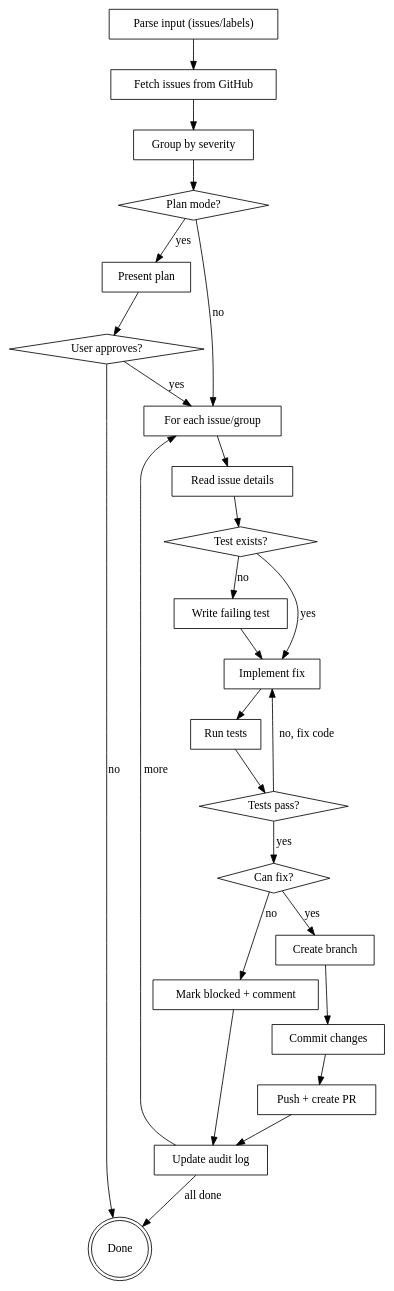
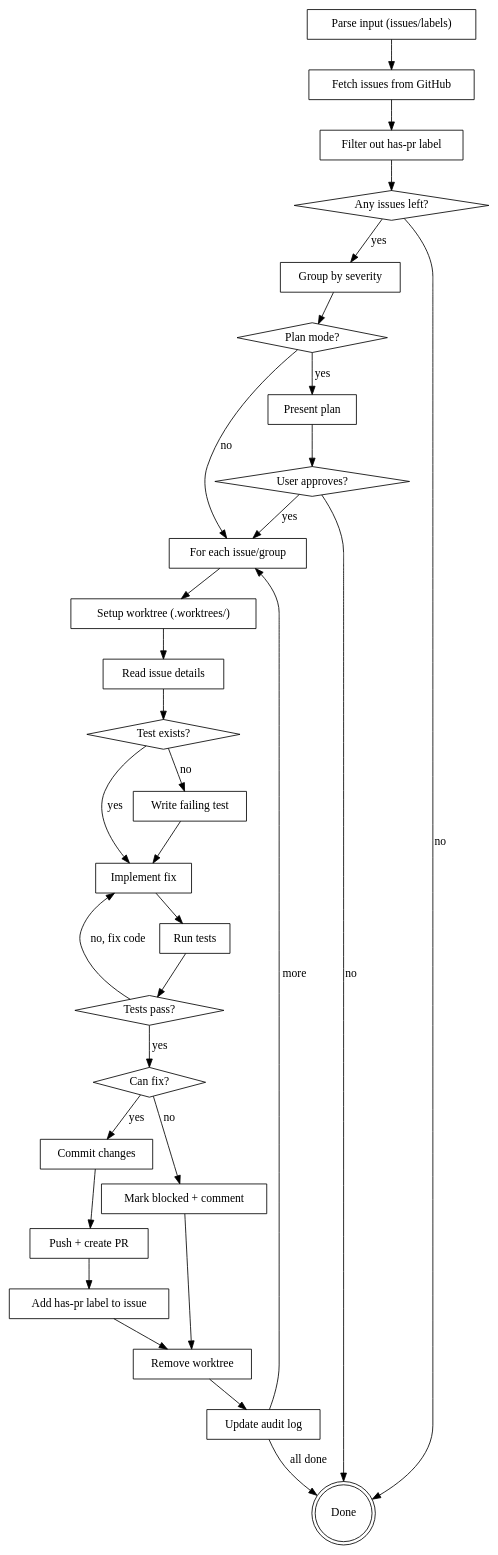
Before and after one commit to satriachandrayw/claude-plugin-marketplaces: the diagram in bug-fixer/skills/bug-fixer/SKILL.md, drawn with Graphviz. The commit also changed other lines of this file, not shown here.

First line of the commit message:
feat(bug-fixer): add worktree isolation and has-pr label filtering

````diff
--- a/bug-fixer/skills/bug-fixer/SKILL.md
+++ b/bug-fixer/skills/bug-fixer/SKILL.md
@@ -596,52 +753,61 @@
 ```dot
 digraph bug_fixer {
     rankdir=TB;
 
     "Parse input (issues/labels)" [shape=box];
     "Fetch issues from GitHub" [shape=box];
+    "Filter out has-pr label" [shape=box];
+    "Any issues left?" [shape=diamond];
     "Group by severity" [shape=box];
     "Plan mode?" [shape=diamond];
     "Present plan" [shape=box];
     "User approves?" [shape=diamond];
     "For each issue/group" [shape=box];
+    "Setup worktree (.worktrees/)" [shape=box];
     "Read issue details" [shape=box];
     "Test exists?" [shape=diamond];
     "Write failing test" [shape=box];
     "Implement fix" [shape=box];
     "Run tests" [shape=box];
     "Tests pass?" [shape=diamond];
     "Can fix?" [shape=diamond];
     "Mark blocked + comment" [shape=box];
-    "Create branch" [shape=box];
     "Commit changes" [shape=box];
     "Push + create PR" [shape=box];
+    "Add has-pr label to issue" [shape=box];
+    "Remove worktree" [shape=box];
     "Update audit log" [shape=box];
     "Done" [shape=doublecircle];
 
     "Parse input (issues/labels)" -> "Fetch issues from GitHub";
-    "Fetch issues from GitHub" -> "Group by severity";
+    "Fetch issues from GitHub" -> "Filter out has-pr label";
+    "Filter out has-pr label" -> "Any issues left?";
+    "Any issues left?" -> "Done" [label="no"];
+    "Any issues left?" -> "Group by severity" [label="yes"];
     "Group by severity" -> "Plan mode?";
     "Plan mode?" -> "Present plan" [label="yes"];
     "Plan mode?" -> "For each issue/group" [label="no"];
     "Present plan" -> "User approves?";
     "User approves?" -> "For each issue/group" [label="yes"];
     "User approves?" -> "Done" [label="no"];
-    "For each issue/group" -> "Read issue details";
+    "For each issue/group" -> "Setup worktree (.worktrees/)";
+    "Setup worktree (.worktrees/)" -> "Read issue details";
     "Read issue details" -> "Test exists?";
     "Test exists?" -> "Write failing test" [label="no"];
     "Test exists?" -> "Implement fix" [label="yes"];
     "Write failing test" -> "Implement fix";
     "Implement fix" -> "Run tests";
     "Run tests" -> "Tests pass?";
     "Tests pass?" -> "Can fix?" [label="yes"];
     "Tests pass?" -> "Implement fix" [label="no, fix code"];
     "Can fix?" -> "Mark blocked + comment" [label="no"];
-    "Can fix?" -> "Create branch" [label="yes"];
-    "Create branch" -> "Commit changes";
+    "Can fix?" -> "Commit changes" [label="yes"];
     "Commit changes" -> "Push + create PR";
-    "Push + create PR" -> "Update audit log";
-    "Mark blocked + comment" -> "Update audit log";
+    "Push + create PR" -> "Add has-pr label to issue";
+    "Add has-pr label to issue" -> "Remove worktree";
+    "Remove worktree" -> "Update audit log";
+    "Mark blocked + comment" -> "Remove worktree";
     "Update audit log" -> "For each issue/group" [label="more"];
     "Update audit log" -> "Done" [label="all done"];
 }
 ```
````
